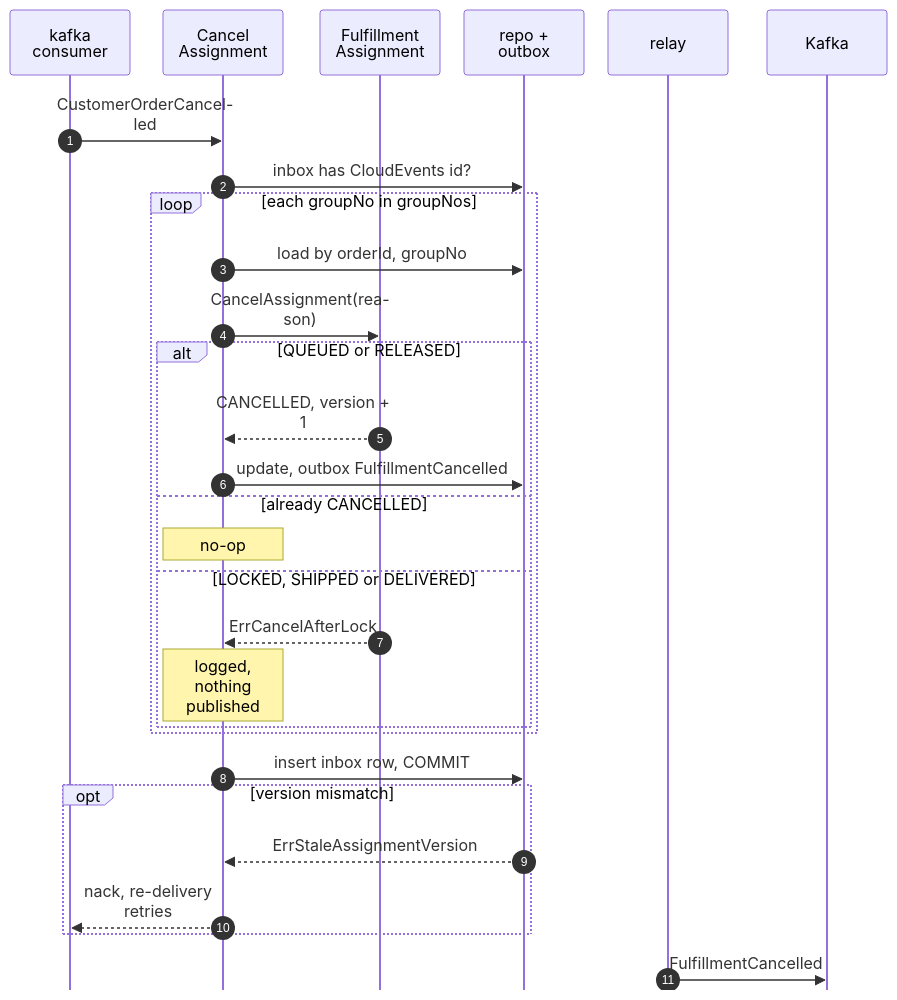
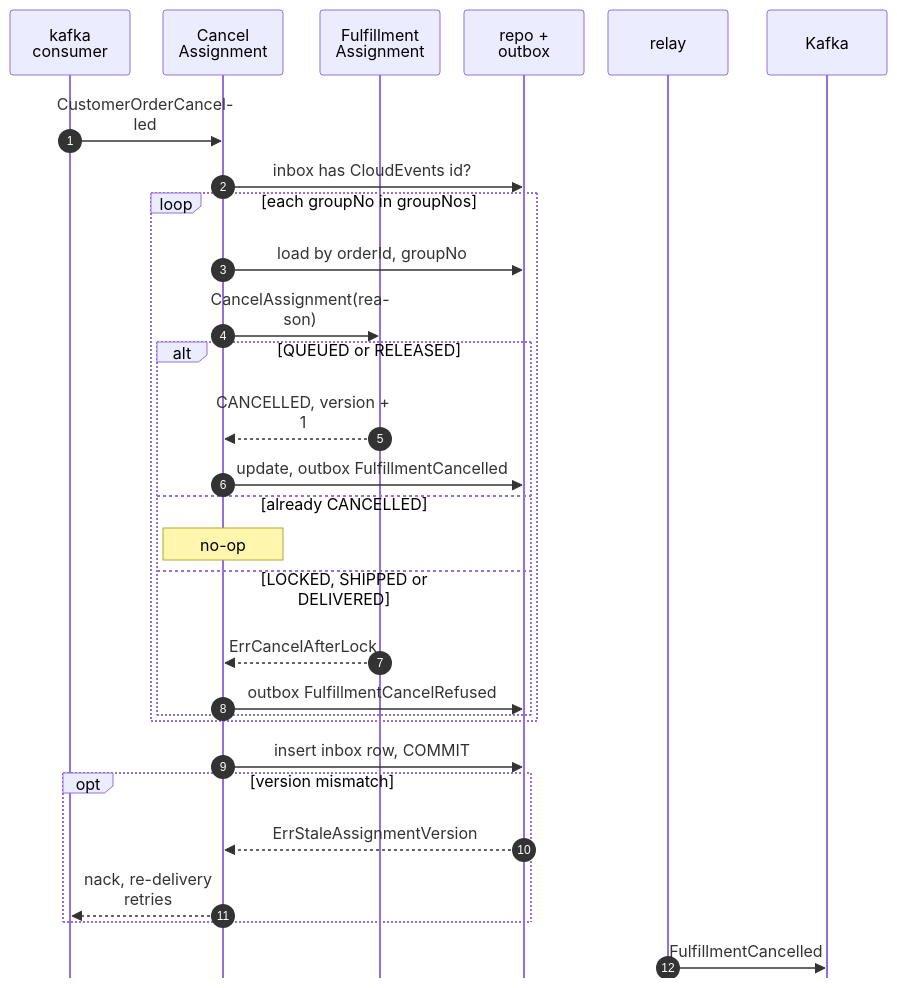
The eighth of 9 diagrams in network/docs/contexts/order-sourcing/sequence-diagrams.md (IQVO/warehouse-docs), drawn with Mermaid before and after one commit. The commit also changed other lines of this file and 125 other files, not shown here.

````diff
--- a/network/docs/contexts/order-sourcing/sequence-diagrams.md
+++ b/network/docs/contexts/order-sourcing/sequence-diagrams.md
@@ -358,32 +358,32 @@
 ```mermaid
 %%{init: {"sequence": {"wrap": true, "width": 120, "actorMargin": 24, "messageMargin": 28, "boxMargin": 6, "noteMargin": 6, "mirrorActors": false}}}%%
 sequenceDiagram
     autonumber
     participant AD as kafka consumer
     participant UC as Cancel<br/>Assignment
     participant A as Fulfillment<br/>Assignment
     participant R as repo + outbox
     participant RL as relay
     participant K as Kafka
     AD->>UC: CustomerOrderCancelled
     UC->>R: inbox has CloudEvents id?
     loop each groupNo in groupNos
         UC->>R: load by orderId, groupNo
         UC->>A: CancelAssignment(reason)
         alt QUEUED or RELEASED
             A-->>UC: CANCELLED, version + 1
             UC->>R: update, outbox FulfillmentCancelled
         else already CANCELLED
             Note over UC: no-op
         else LOCKED, SHIPPED or DELIVERED
             A-->>UC: ErrCancelAfterLock
-            Note over UC: logged, nothing published
+            UC->>R: outbox FulfillmentCancelRefused
         end
     end
     UC->>R: insert inbox row, COMMIT
     opt version mismatch
         R-->>UC: ErrStaleAssignmentVersion
         UC-->>AD: nack, re-delivery retries
     end
     RL->>K: FulfillmentCancelled
 ```
````
